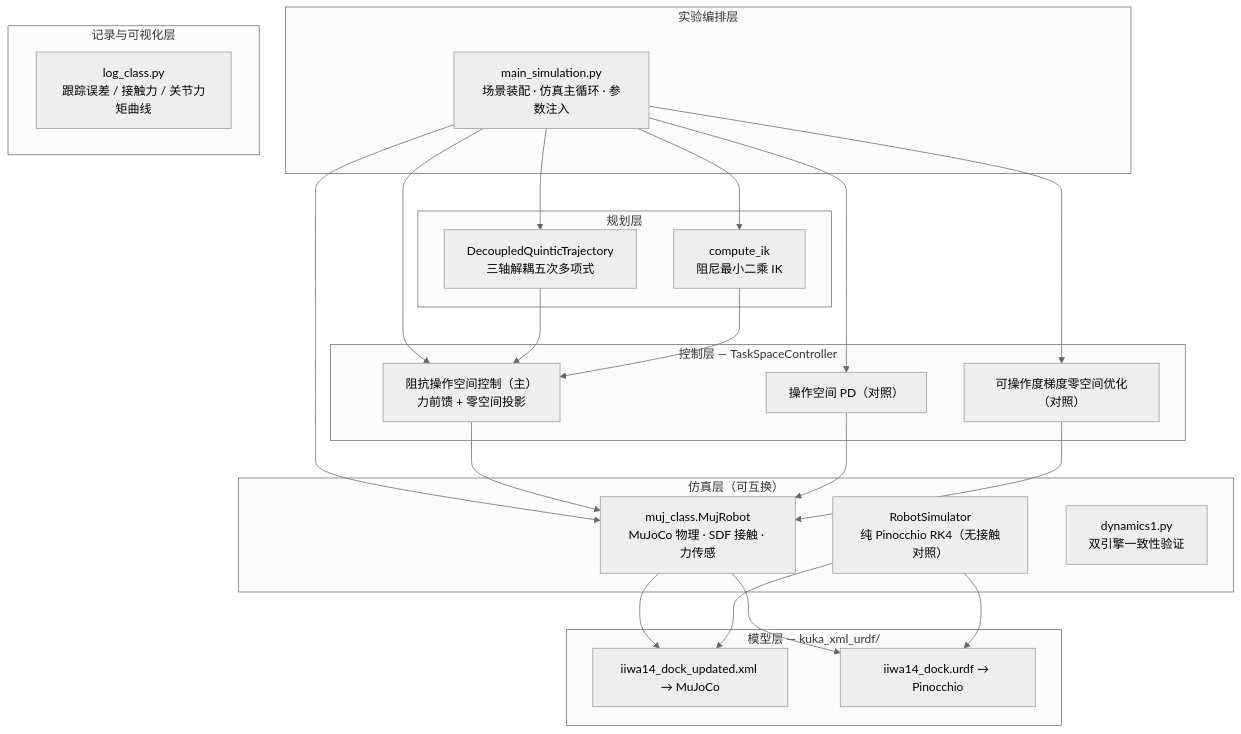
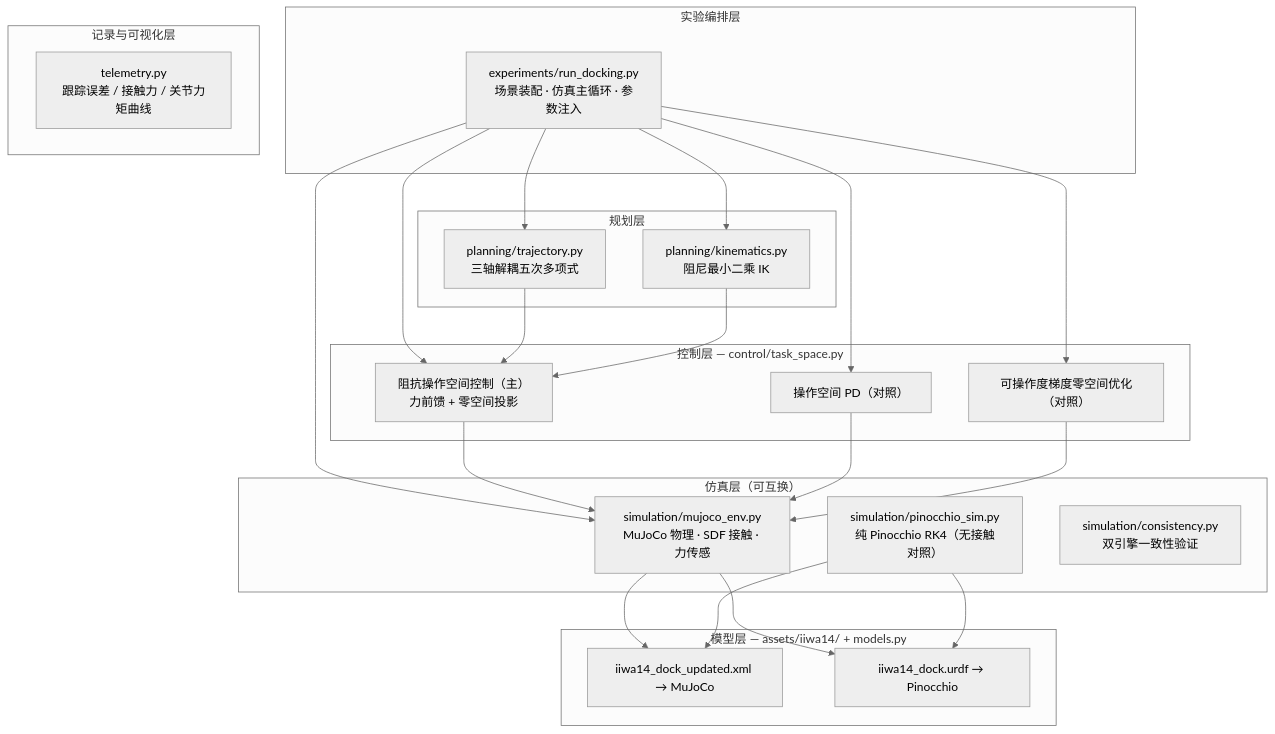
Before and after one commit to langxin11/compliant_docking_simulation: the diagram in README.md, drawn with Mermaid (neutral theme). The commit also changed other lines of this file and 79 other files, not shown here.

````diff
--- a/README.md
+++ b/README.md
@@ -30,33 +30,33 @@
 ```mermaid
 graph TB
     subgraph L5["实验编排层"]
-        M["main_simulation.py<br/>场景装配 · 仿真主循环 · 参数注入"]
+        M["experiments/run_docking.py<br/>场景装配 · 仿真主循环 · 参数注入"]
     end
     subgraph L4["记录与可视化层"]
-        LOG["log_class.py<br/>跟踪误差 / 接触力 / 关节力矩曲线"]
+        LOG["telemetry.py<br/>跟踪误差 / 接触力 / 关节力矩曲线"]
     end
-    subgraph L3["控制层 — TaskSpaceController"]
+    subgraph L3["控制层 — control/task_space.py"]
         C1["阻抗操作空间控制（主）<br/>力前馈 + 零空间投影"]
         C2["操作空间 PD（对照）"]
         C3["可操作度梯度零空间优化（对照）"]
     end
     subgraph L2["规划层"]
-        T["DecoupledQuinticTrajectory<br/>三轴解耦五次多项式"]
-        IK["compute_ik<br/>阻尼最小二乘 IK"]
+        T["planning/trajectory.py<br/>三轴解耦五次多项式"]
+        IK["planning/kinematics.py<br/>阻尼最小二乘 IK"]
     end
     subgraph L1["仿真层（可互换）"]
-        S1["muj_class.MujRobot<br/>MuJoCo 物理 · SDF 接触 · 力传感"]
-        S2["RobotSimulator<br/>纯 Pinocchio RK4（无接触对照）"]
-        S3["dynamics1.py<br/>双引擎一致性验证"]
+        S1["simulation/mujoco_env.py<br/>MuJoCo 物理 · SDF 接触 · 力传感"]
+        S2["simulation/pinocchio_sim.py<br/>纯 Pinocchio RK4（无接触对照）"]
+        S3["simulation/consistency.py<br/>双引擎一致性验证"]
     end
-    subgraph L0["模型层 — kuka_xml_urdf/"]
+    subgraph L0["模型层 — assets/iiwa14/ + models.py"]
         D1["iiwa14_dock_updated.xml → MuJoCo"]
         D2["iiwa14_dock.urdf → Pinocchio"]
     end
     M --> C1 & C2 & C3
     M --> T & IK
     M --> S1
     C1 & C2 & C3 --> S1
     T & IK --> C1
     S1 & S2 --> D1 & D2
 ```
````
